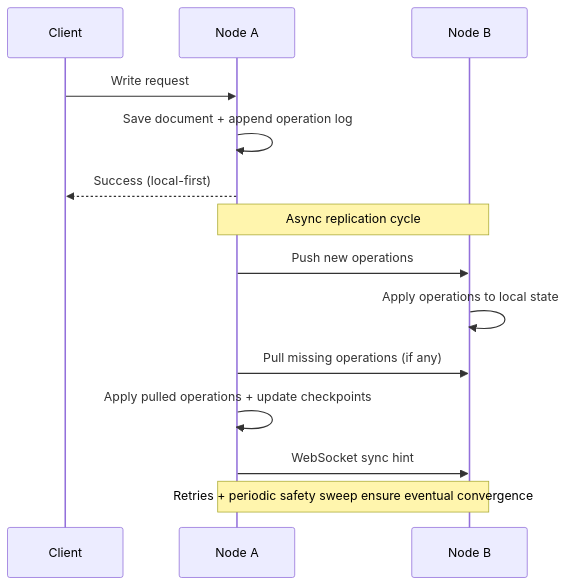
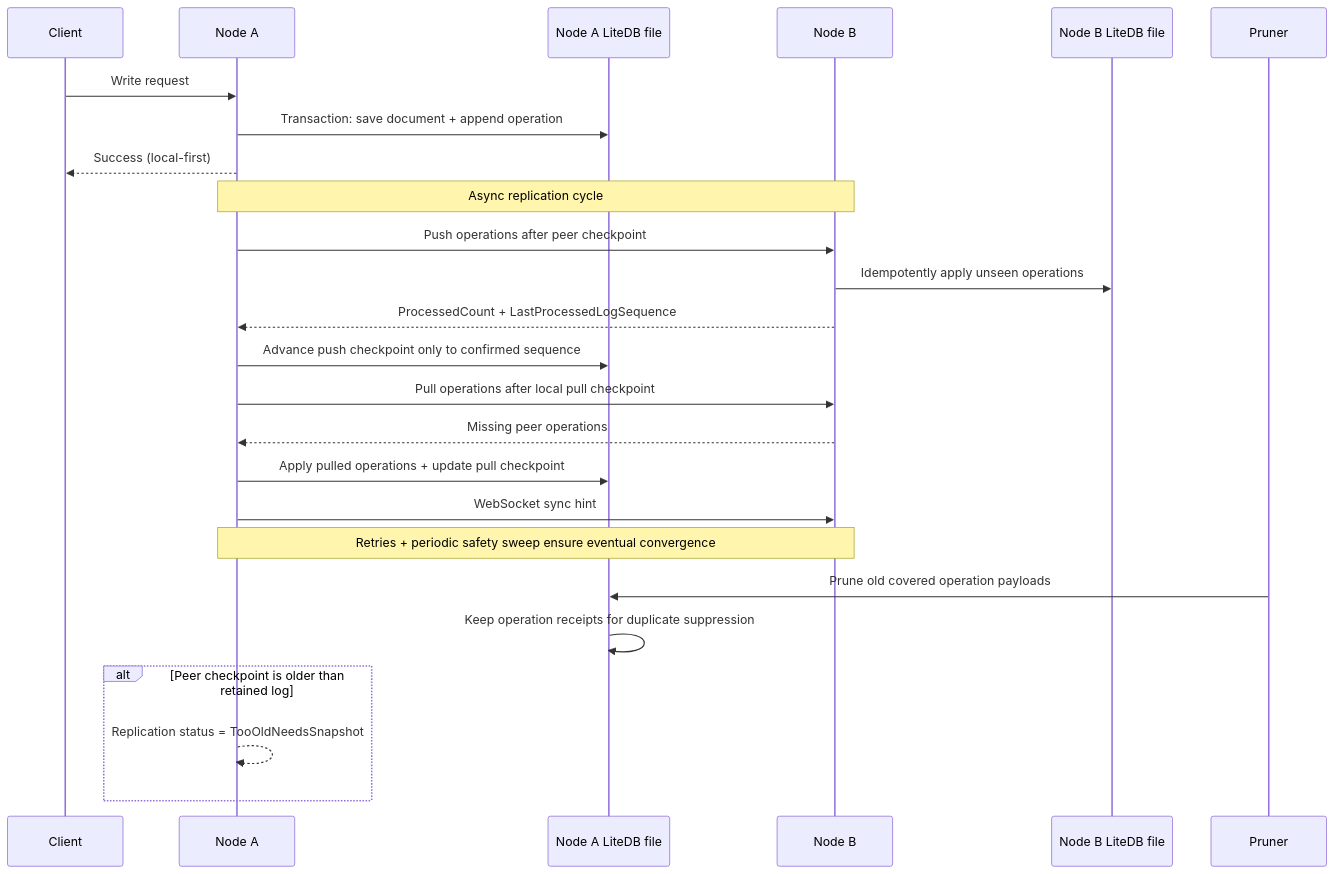
One commit to swagfin/LiteDb.Distributed changed the diagram in README.md. Above: the diagram before and after it, drawn with Mermaid. The commit also changed other lines of this file and 2 other files, not shown here.

Commit message:
chore: minor adjustments

````diff
--- a/README.md
+++ b/README.md
@@ -213,19 +215,31 @@
 ```mermaid
 sequenceDiagram
     participant Client
     participant NodeA as Node A
+    participant LogA as Node A LiteDB file
     participant NodeB as Node B
+    participant LogB as Node B LiteDB file
+    participant Pruner
 
     Client->>NodeA: Write request
-    NodeA->>NodeA: Save document + append operation log
+    NodeA->>LogA: Transaction: save document + append operation
     NodeA-->>Client: Success (local-first)
 
     Note over NodeA,NodeB: Async replication cycle
-    NodeA->>NodeB: Push new operations
-    NodeB->>NodeB: Apply operations to local state
-    NodeA->>NodeB: Pull missing operations (if any)
-    NodeA->>NodeA: Apply pulled operations + update checkpoints
+    NodeA->>NodeB: Push operations after peer checkpoint
+    NodeB->>LogB: Idempotently apply unseen operations
+    NodeB-->>NodeA: ProcessedCount + LastProcessedLogSequence
+    NodeA->>LogA: Advance push checkpoint only to confirmed sequence
+    NodeA->>NodeB: Pull operations after local pull checkpoint
+    NodeB-->>NodeA: Missing peer operations
+    NodeA->>LogA: Apply pulled operations + update pull checkpoint
 
     NodeA->>NodeB: WebSocket sync hint
     Note over NodeA,NodeB: Retries + periodic safety sweep ensure eventual convergence
+
+    Pruner->>LogA: Prune old covered operation payloads
+    LogA->>LogA: Keep operation receipts for duplicate suppression
+    alt Peer checkpoint is older than retained log
+        NodeA-->>NodeA: Replication status = TooOldNeedsSnapshot
+    end
 ```
````
